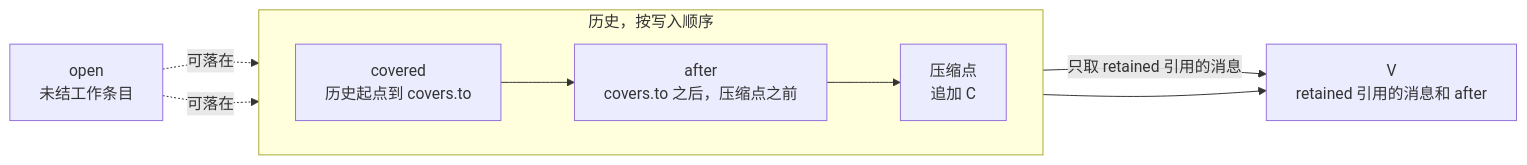
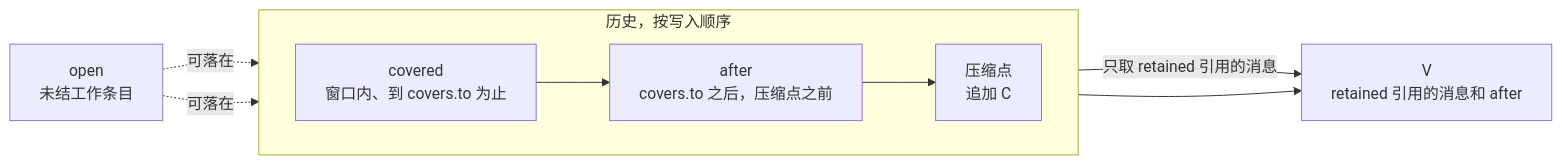
The second of 2 diagrams in packages/common/message/SPEC.md (nemori-ai/omne-harness-lite), drawn with Mermaid before and after one commit. The commit also changed other lines of this file and 4 other files, not shown here.

````diff
--- a/packages/common/message/SPEC.md
+++ b/packages/common/message/SPEC.md
@@ -126,11 +130,11 @@
 ```mermaid
 flowchart LR
   subgraph history[历史，按写入顺序]
     direction LR
-    covered["covered<br/>历史起点到 covers.to"] --> after["after<br/>covers.to 之后，压缩点之前"] --> point["压缩点<br/>追加 C"]
+    covered["covered<br/>窗口内、到 covers.to 为止"] --> after["after<br/>covers.to 之后，压缩点之前"] --> point["压缩点<br/>追加 C"]
   end
   covered -->|只取 retained 引用的消息| view["V<br/>retained 引用的消息和 after"]
   after --> view
   open["open<br/>未结工作条目"] -.->|可落在| covered
   open -.->|可落在| after
 ```
````
